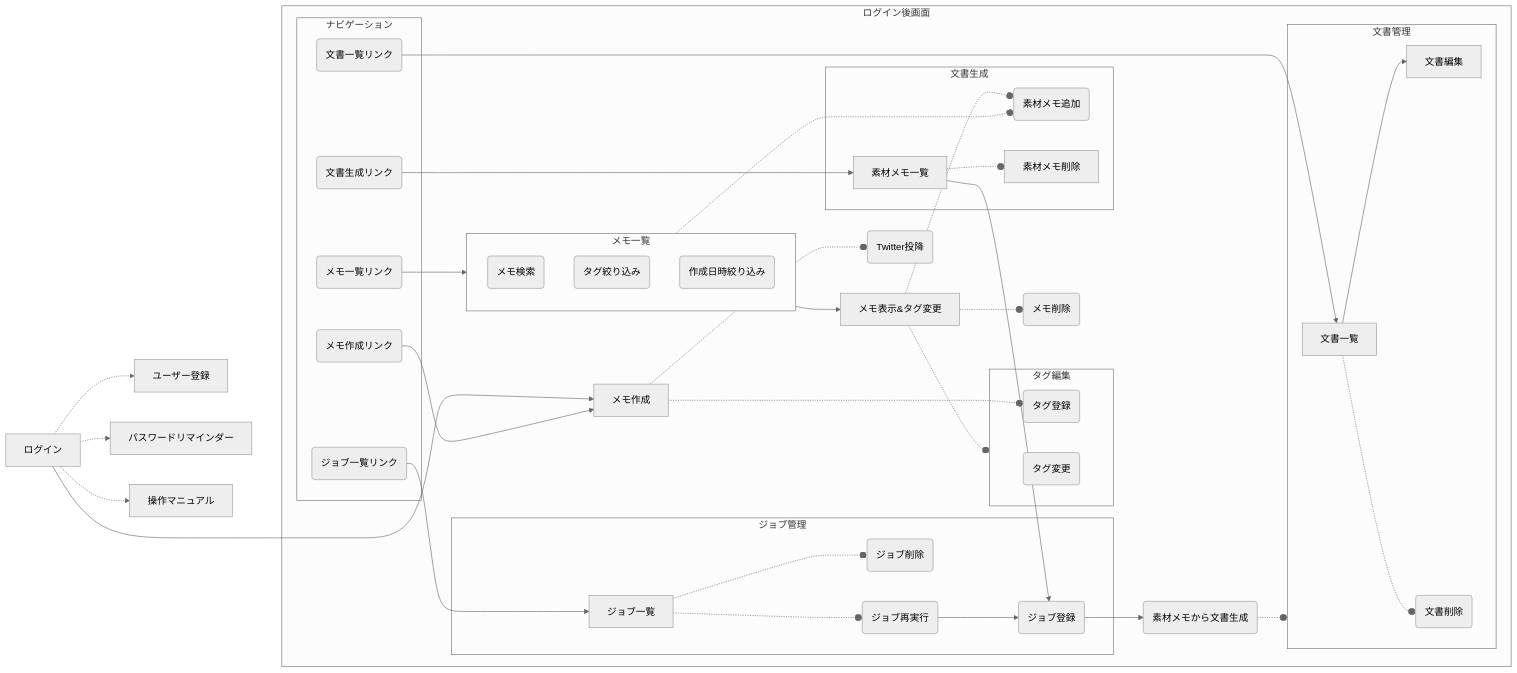
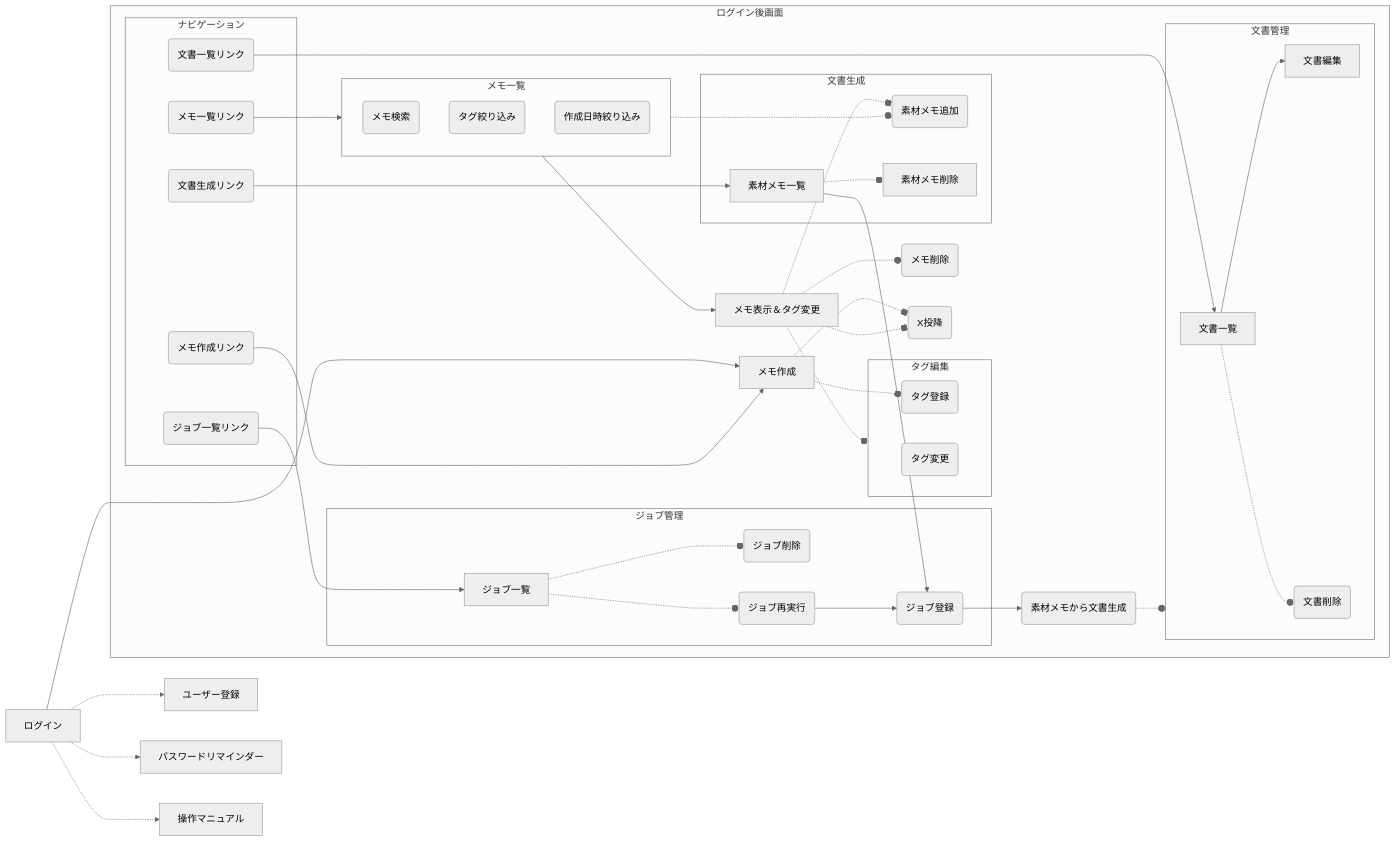
One commit to joyrswd/memodoc changed the diagram in doc/outline.md. Above: the diagram before and after it, drawn with Mermaid (neutral theme). The commit also changed other lines of this file and 16 other files, not shown here.

```diff
--- a/doc/outline.md
+++ b/doc/outline.md
@@ -55,9 +56,9 @@
 
     A[ログイン]
     B1[メモ作成]
-    B2[メモ表示&タグ変更]
+    B2[メモ表示＆タグ変更]
     B3(メモ削除)
-    B4(Twitter投降)
+    B4(X投降)
     C1(タグ登録)
     C2(タグ変更)
     D1(メモ検索)
@@ -128,6 +129,7 @@
     B1 .-o C1
     B2 .-o B3
     B1 .-o B4
+    B2 .-o B4    
     B2 .-o C
     B2 .-o F1
     D --> B2
```
